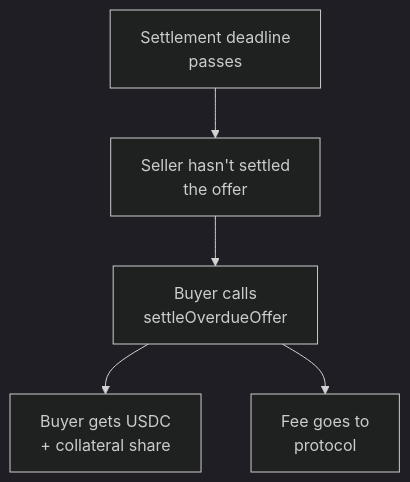
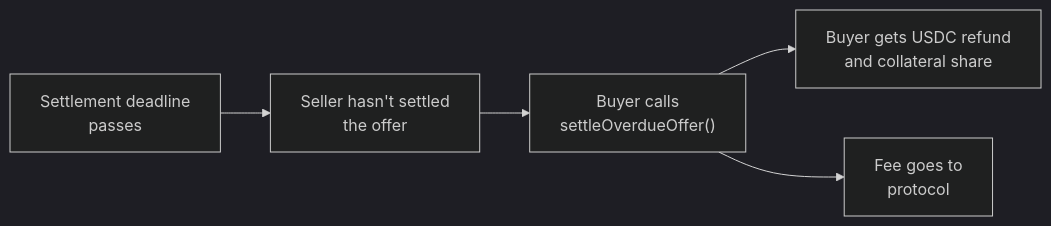
One commit to 0xPortalLabs/docs changed the sixth of 6 diagrams in architecture/market-trading.mdx. Above: the diagram before and after it, drawn with Mermaid (dark theme). The commit also changed other lines of this file, not shown here.

````diff
--- a/architecture/market-trading.mdx
+++ b/architecture/market-trading.mdx
@@ -222,11 +259,11 @@
 ```mermaid
-graph TB
+graph LR
   A["Settlement deadline<br/>passes"]
   B["Seller hasn't settled<br/>the offer"]
-  C["Buyer calls<br/>settleOverdueOffer"]
-  D["Buyer gets USDC<br/>+ collateral share"]
+  C["Buyer calls<br/>settleOverdueOffer()"]
+  D["Buyer gets USDC refund<br/>and collateral share"]
   E["Fee goes to<br/>protocol"]
 
   A --> B --> C --> D
   C --> E
 ```
````
